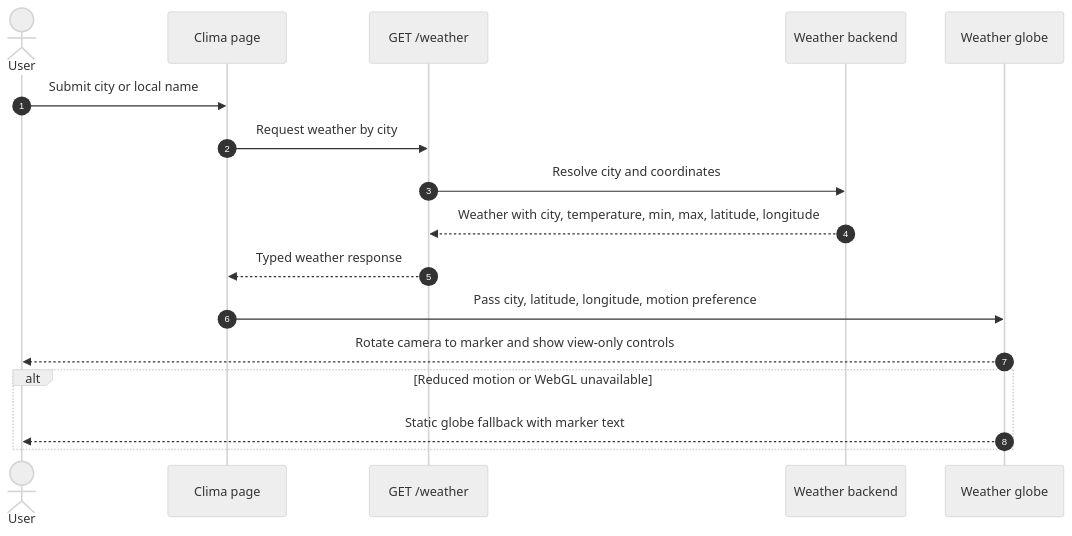
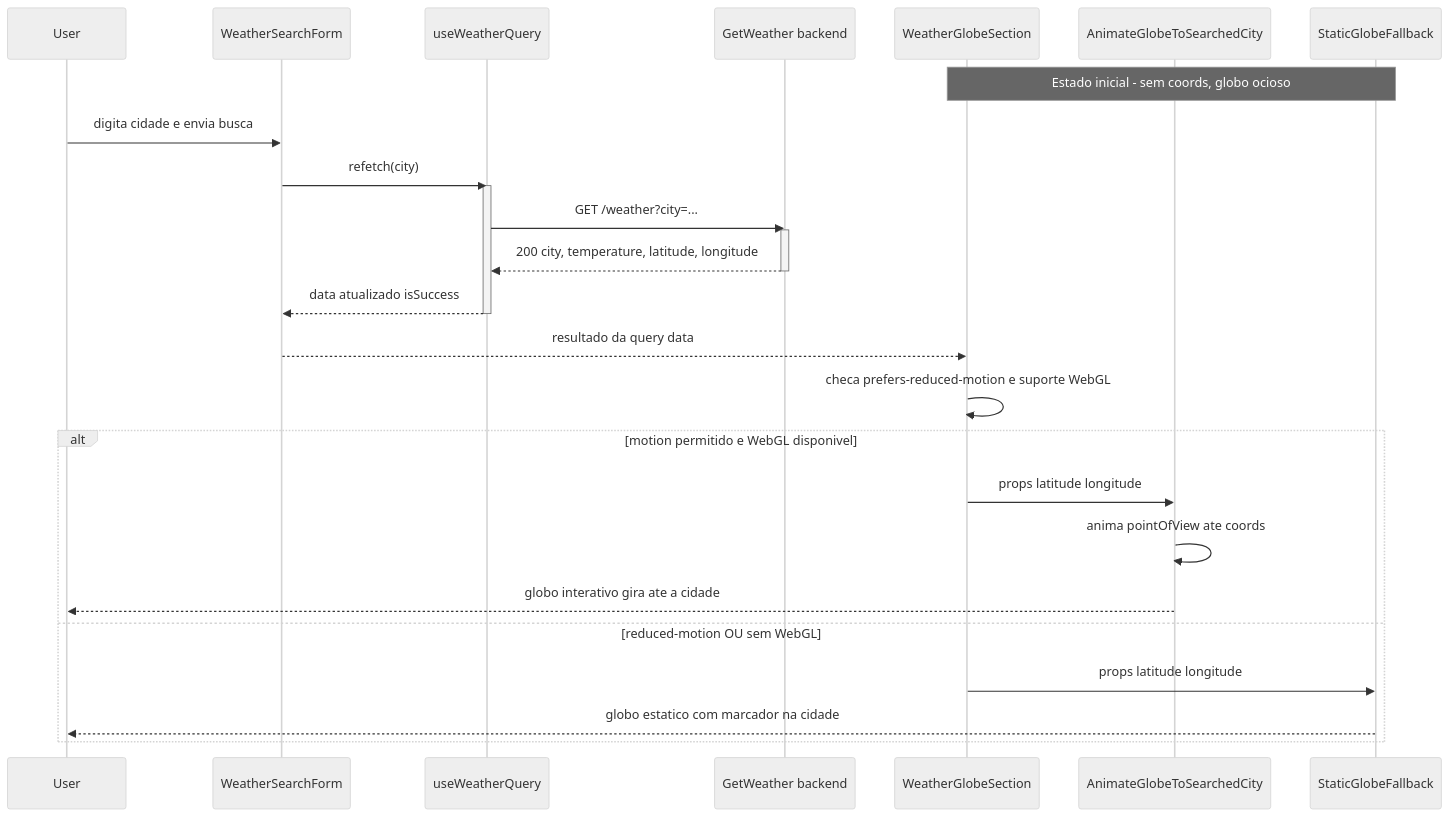
The diagram in docs/superpowers/weather-globe-clima/specs/diagrams/weather-globe-clima-design_01_sequence_weather_globe_flow.mmd (Cahmoraes/clean-arch-solid-ddd), drawn with Mermaid (neutral theme) before and after one commit. The commit also changed 2 other files, not shown here.

Commit message:
docs(weather-globe-clima): redesenha spec do globo 3D na rota /clima
Substitui o design anterior por um novo desenho: react-globe.gl como
hero panorâmico, backend estendendo GET /weather com lat/lng, fallback
estático dirigido por prefers-reduced-motion/WebGL.

Claude-Session: https://claude.ai/code/session_01L3USKuXroerhN8tCHNQA2e

```diff
--- a/docs/superpowers/weather-globe-clima/specs/diagrams/weather-globe-clima-design_01_sequence_weather_globe_flow.mmd
+++ b/docs/superpowers/weather-globe-clima/specs/diagrams/weather-globe-clima-design_01_sequence_weather_globe_flow.mmd
@@ -1,18 +1,32 @@
 sequenceDiagram
-    autonumber
-    actor User as User
-    participant ClimaPage as Clima page
-    participant WeatherApi as GET /weather
-    participant WeatherBackend as Weather backend
-    participant Globe as Weather globe
+    participant U as User
+    participant F as WeatherSearchForm
+    participant Q as useWeatherQuery
+    participant B as GetWeather backend
+    participant S as WeatherGlobeSection
+    participant A as AnimateGlobeToSearchedCity
+    participant G as StaticGlobeFallback
 
-    User->>ClimaPage: Submit city or local name
-    ClimaPage->>WeatherApi: Request weather by city
-    WeatherApi->>WeatherBackend: Resolve city and coordinates
-    WeatherBackend-->>WeatherApi: Weather with city, temperature, min, max, latitude, longitude
-    WeatherApi-->>ClimaPage: Typed weather response
-    ClimaPage->>Globe: Pass city, latitude, longitude, motion preference
-    Globe-->>User: Rotate camera to marker and show view-only controls
-    alt Reduced motion or WebGL unavailable
-        Globe-->>User: Static globe fallback with marker text
+    Note over S,G: Estado inicial - sem coords, globo ocioso
+
+    U->>F: digita cidade e envia busca
+    F->>Q: refetch(city)
+    activate Q
+    Q->>B: GET /weather?city=...
+    activate B
+    B-->>Q: 200 city, temperature, latitude, longitude
+    deactivate B
+    Q-->>F: data atualizado isSuccess
+    deactivate Q
+    F-->>S: resultado da query data
+
+    S->>S: checa prefers-reduced-motion e suporte WebGL
+
+    alt motion permitido e WebGL disponivel
+        S->>A: props latitude longitude
+        A->>A: anima pointOfView ate coords
+        A-->>U: globo interativo gira ate a cidade
+    else reduced-motion OU sem WebGL
+        S->>G: props latitude longitude
+        G-->>U: globo estatico com marcador na cidade
     end
```
